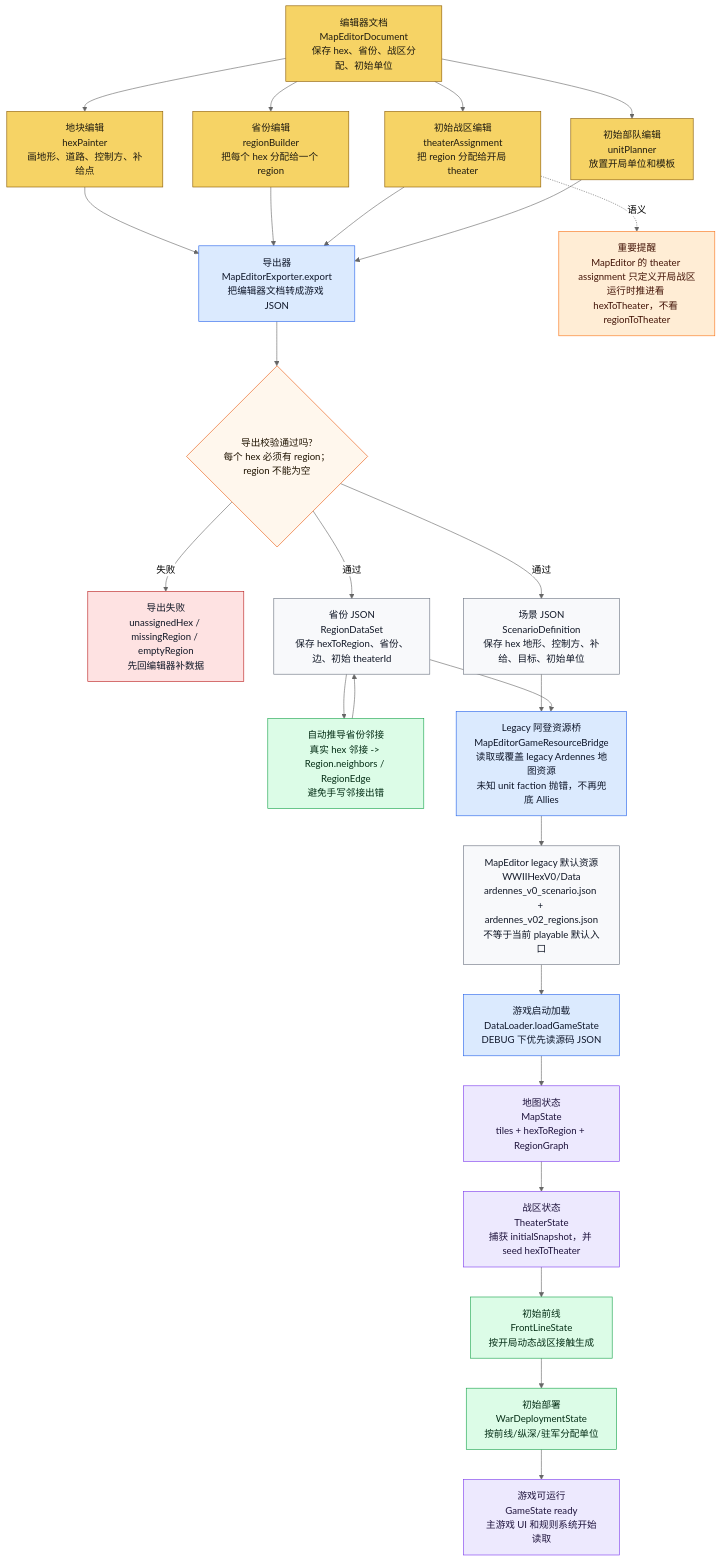
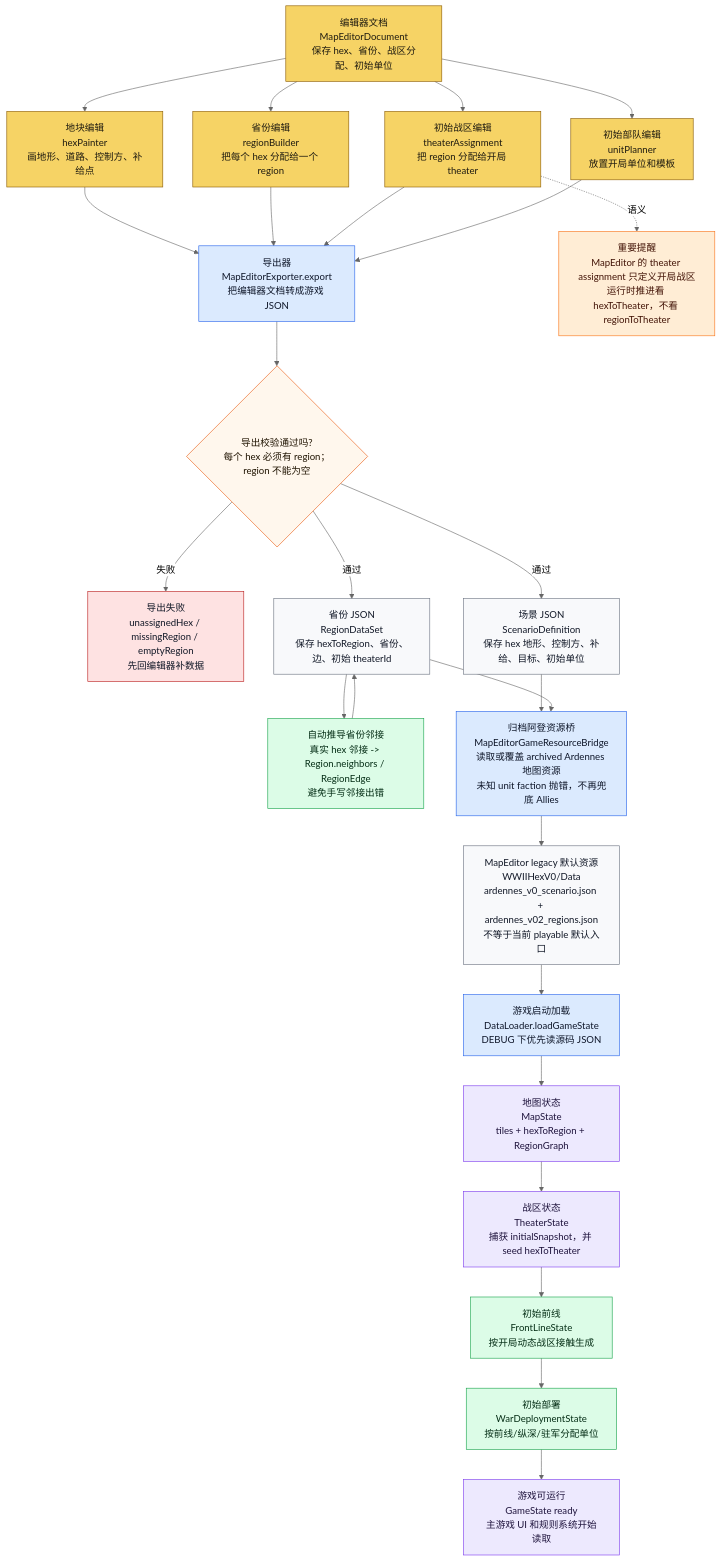
One commit to Altman-sam114/122 changed the sixth of 9 diagrams in md/flow/flowchart.md. Above: the diagram before and after it, drawn with Mermaid (neutral theme). The commit also changed other lines of this file and 16 other files, not shown here.

````diff
--- a/md/flow/flowchart.md
+++ b/md/flow/flowchart.md
@@ -342,48 +342,48 @@
 ```mermaid
 flowchart TD
     DOC["编辑器文档<br/>MapEditorDocument<br/>保存 hex、省份、战区分配、初始单位"]:::editor
     MODE1["地块编辑<br/>hexPainter<br/>画地形、道路、控制方、补给点"]:::editor
     MODE2["省份编辑<br/>regionBuilder<br/>把每个 hex 分配给一个 region"]:::editor
     MODE3["初始战区编辑<br/>theaterAssignment<br/>把 region 分配给开局 theater"]:::editor
     MODE4["初始部队编辑<br/>unitPlanner<br/>放置开局单位和模板"]:::editor
     EXPORT["导出器<br/>MapEditorExporter.export<br/>把编辑器文档转成游戏 JSON"]:::loader
     CHECK{"导出校验通过吗?<br/>每个 hex 必须有 region；region 不能为空"}:::decision
     ERR["导出失败<br/>unassignedHex / missingRegion / emptyRegion<br/>先回编辑器补数据"]:::stop
     SCEN["场景 JSON<br/>ScenarioDefinition<br/>保存 hex 地形、控制方、补给、目标、初始单位"]:::data
     REG["省份 JSON<br/>RegionDataSet<br/>保存 hexToRegion、省份、边、初始 theaterId"]:::data
     NEI["自动推导省份邻接<br/>真实 hex 邻接 -> Region.neighbors / RegionEdge<br/>避免手写邻接出错"]:::derived
-    BRIDGE["Legacy 阿登资源桥<br/>MapEditorGameResourceBridge<br/>读取或覆盖 legacy Ardennes 地图资源<br/>未知 unit faction 抛错，不再兜底 Allies"]:::loader
+    BRIDGE["归档阿登资源桥<br/>MapEditorGameResourceBridge<br/>读取或覆盖 archived Ardennes 地图资源<br/>未知 unit faction 抛错，不再兜底 Allies"]:::loader
     FILES["MapEditor legacy 默认资源<br/>WWIIHexV0/Data<br/>ardennes_v0_scenario.json + ardennes_v02_regions.json<br/>不等于当前 playable 默认入口"]:::data
     LOAD["游戏启动加载<br/>DataLoader.loadGameState<br/>DEBUG 下优先读源码 JSON"]:::loader
     MAP["地图状态<br/>MapState<br/>tiles + hexToRegion + RegionGraph"]:::state
     THEATER["战区状态<br/>TheaterState<br/>捕获 initialSnapshot，并 seed hexToTheater"]:::state
     FRONT["初始前线<br/>FrontLineState<br/>按开局动态战区接触生成"]:::derived
     DEPLOY["初始部署<br/>WarDeploymentState<br/>按前线/纵深/驻军分配单位"]:::derived
     GAME["游戏可运行<br/>GameState ready<br/>主游戏 UI 和规则系统开始读取"]:::state
 
     DOC --> MODE1 --> EXPORT
     DOC --> MODE2 --> EXPORT
     DOC --> MODE3 --> EXPORT
     DOC --> MODE4 --> EXPORT
     EXPORT --> CHECK
     CHECK -->|失败| ERR
     CHECK -->|通过| SCEN
     CHECK -->|通过| REG
     REG --> NEI --> REG
     SCEN --> BRIDGE
     REG --> BRIDGE
     BRIDGE --> FILES
     FILES --> LOAD --> MAP --> THEATER --> FRONT --> DEPLOY --> GAME
 
     NOTE["重要提醒<br/>MapEditor 的 theater assignment 只定义开局战区<br/>运行时推进看 hexToTheater，不看 regionToTheater"]:::warn
     MODE3 -.语义.-> NOTE
 
     classDef editor fill:#f6d365,stroke:#8a5a00,color:#1f1b10
     classDef loader fill:#dbeafe,stroke:#2563eb,color:#0f172a
     classDef decision fill:#fff7ed,stroke:#ea580c,color:#1f1300
     classDef stop fill:#fee2e2,stroke:#b91c1c,color:#111827
     classDef data fill:#f8f9fb,stroke:#6b7280,color:#111827
     classDef derived fill:#dcfce7,stroke:#16a34a,color:#052e16
     classDef state fill:#ede9fe,stroke:#7c3aed,color:#1f143d
     classDef warn fill:#ffedd5,stroke:#f97316,color:#431407
 ```
````
